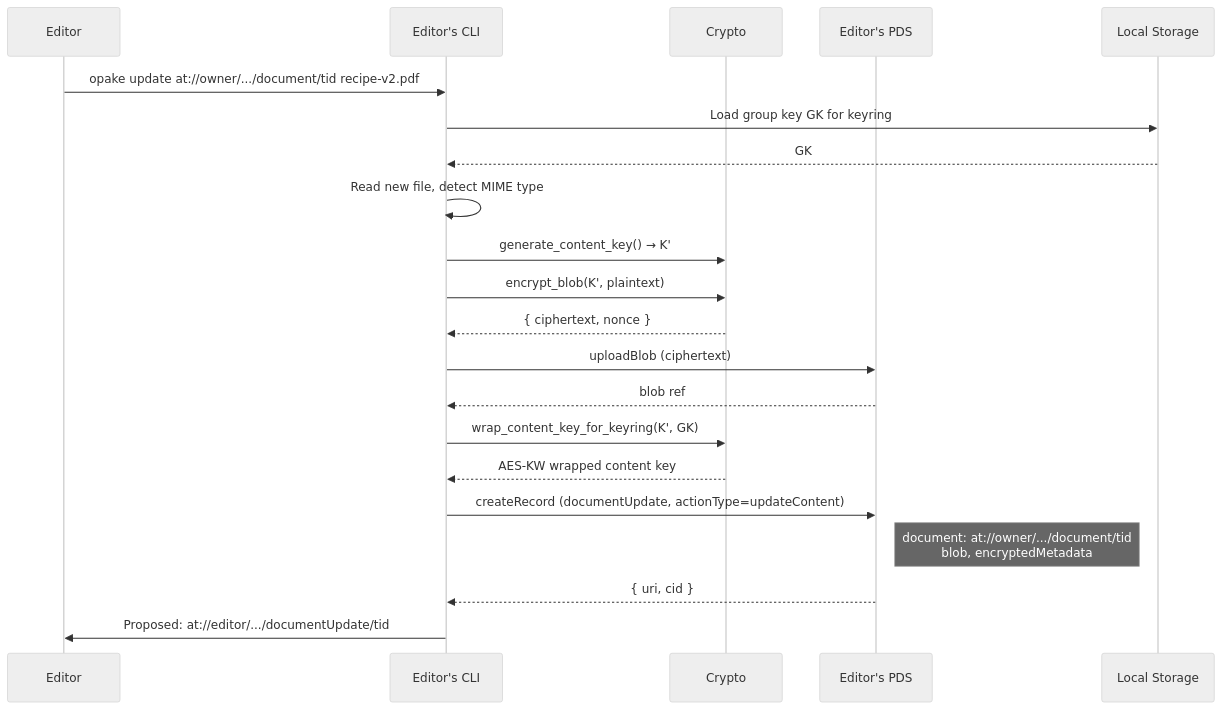
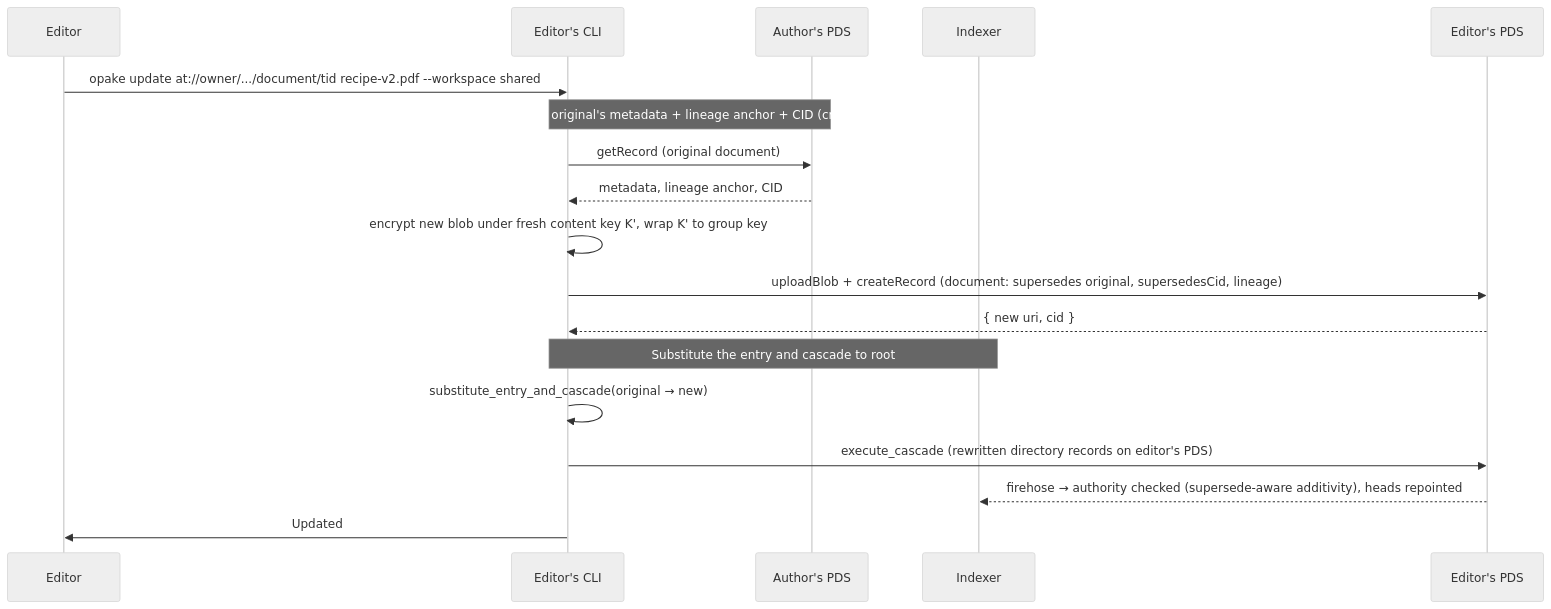
The diagram in docs/flows/revisions.md (Sans-Self/Opake), drawn with Mermaid (neutral theme) before and after one commit. The commit also changed other lines of this file and 35 other files, not shown here.

````diff
--- a/docs/flows/revisions.md
+++ b/docs/flows/revisions.md
@@ -20,30 +13,25 @@
 ```mermaid
 sequenceDiagram
     participant Editor
     participant CLI as Editor's CLI
-    participant Crypto
+    participant OwnerPDS as Author's PDS
+    participant IX as Indexer
     participant EditorPDS as Editor's PDS
-    participant Disk as Local Storage
 
-    Editor->>CLI: opake update at://owner/.../document/tid recipe-v2.pdf
+    Editor->>CLI: opake update at://owner/.../document/tid recipe-v2.pdf --workspace shared
 
-    CLI->>Disk: Load group key GK for keyring
-    Disk-->>CLI: GK
+    Note over CLI,OwnerPDS: Read the original's metadata + lineage anchor + CID (cross-PDS)
+    CLI->>OwnerPDS: getRecord (original document)
+    OwnerPDS-->>CLI: metadata, lineage anchor, CID
 
-    CLI->>CLI: Read new file, detect MIME type
-    CLI->>Crypto: generate_content_key() → K'
-    CLI->>Crypto: encrypt_blob(K', plaintext)
-    Crypto-->>CLI: { ciphertext, nonce }
+    CLI->>CLI: encrypt new blob under fresh content key K', wrap K' to group key
+    CLI->>EditorPDS: uploadBlob + createRecord (document: supersedes original, supersedesCid, lineage)
+    EditorPDS-->>CLI: { new uri, cid }
 
-    CLI->>EditorPDS: uploadBlob (ciphertext)
-    EditorPDS-->>CLI: blob ref
+    Note over CLI,IX: Substitute the entry and cascade to root
+    CLI->>CLI: substitute_entry_and_cascade(original → new)
+    CLI->>EditorPDS: execute_cascade (rewritten directory records on editor's PDS)
+    EditorPDS-->>IX: firehose → authority checked (supersede-aware additivity), heads repointed
 
-    CLI->>Crypto: wrap_content_key_for_keyring(K', GK)
-    Crypto-->>CLI: AES-KW wrapped content key
-
-    CLI->>EditorPDS: createRecord (documentUpdate, actionType=updateContent)
-    Note right of EditorPDS: document: at://owner/.../document/tid<br/>blob, encryptedMetadata
-    EditorPDS-->>CLI: { uri, cid }
-
-    CLI->>Editor: Proposed: at://editor/.../documentUpdate/tid
+    CLI->>Editor: Updated
 ```
````
